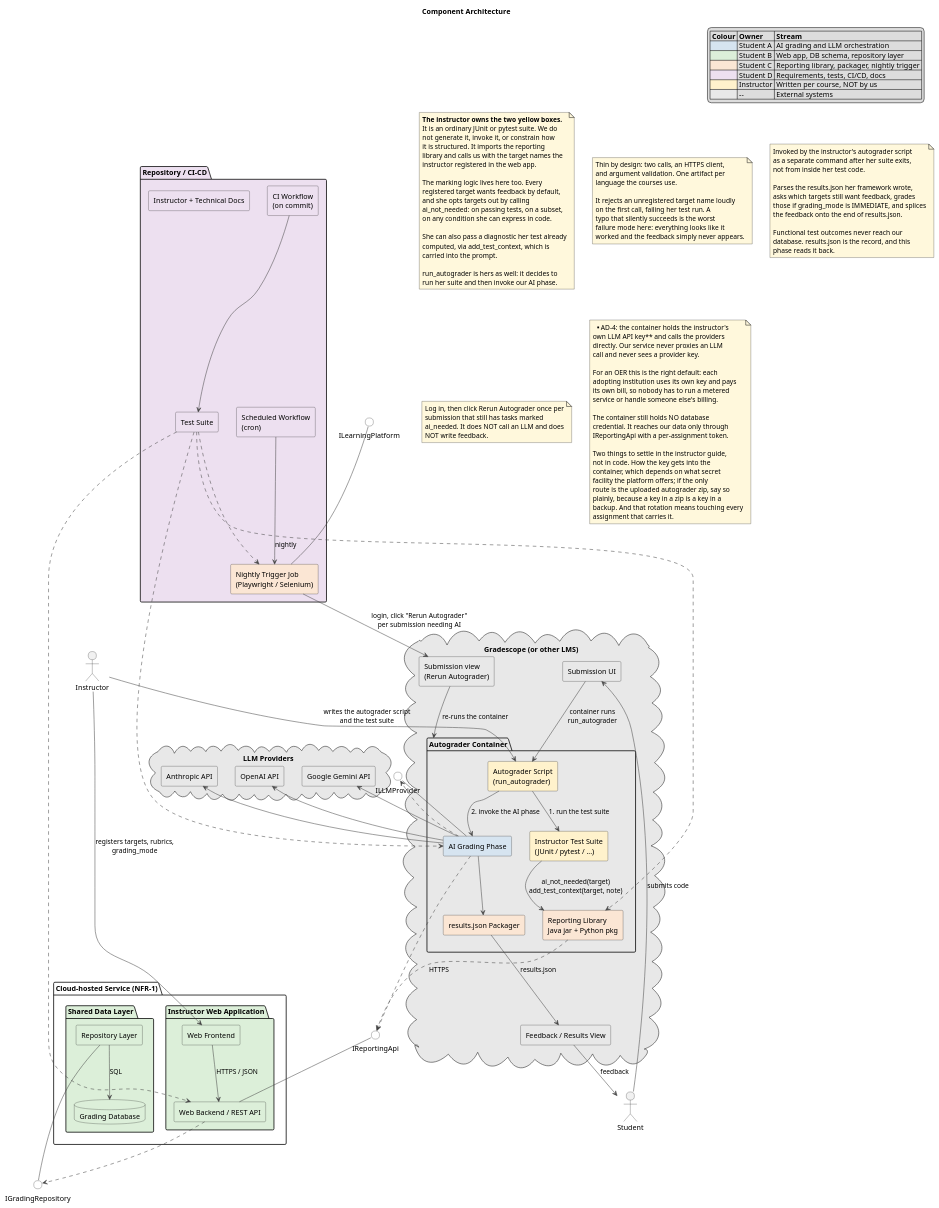
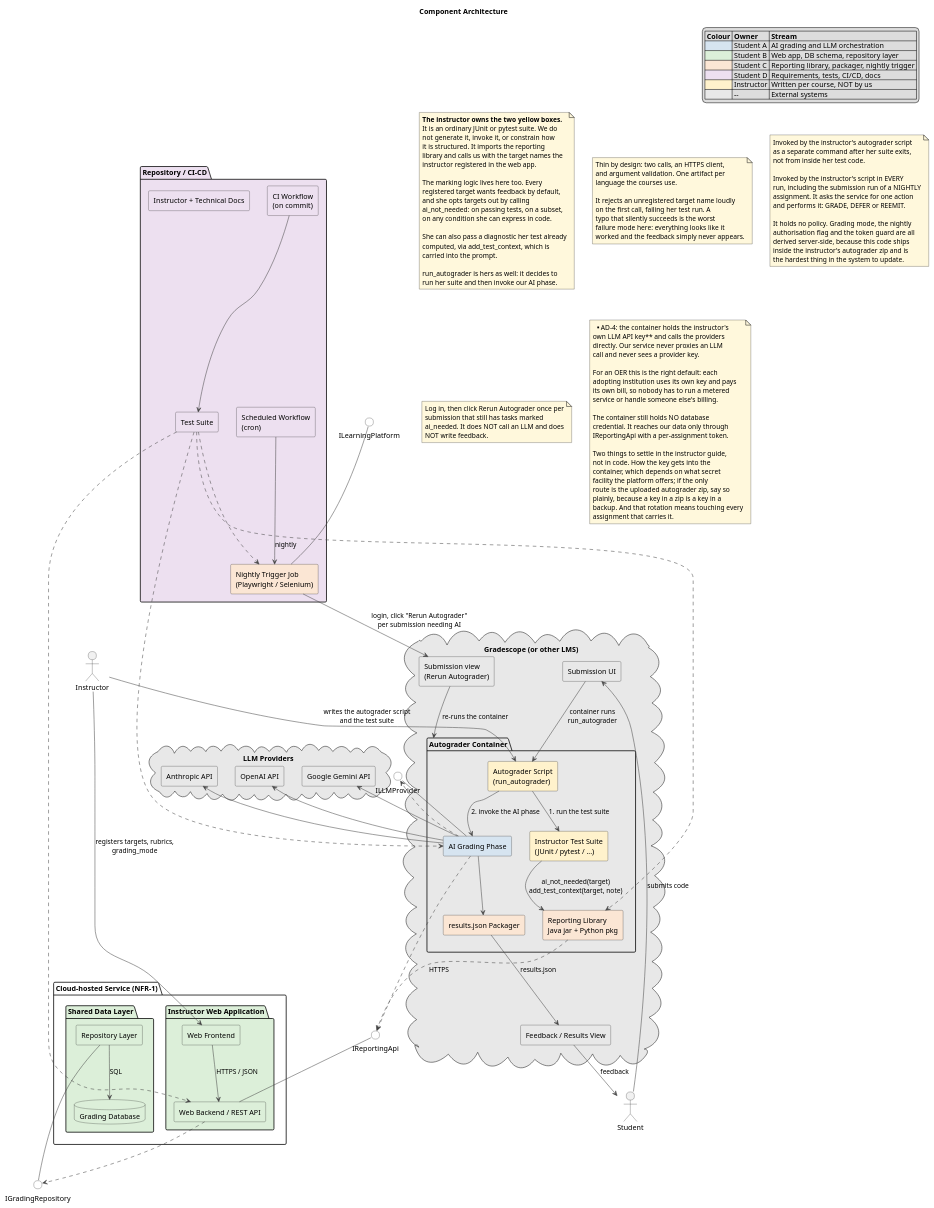
One commit to AI-Assisted-Autograder/ai-assisted-autograder changed the diagram in docs/architecture/01-component.puml. Above: the diagram before and after it, drawn with PlantUML. The commit also changed 9 other files, not shown here.

Commit message:
Centralized decision to GRADE, DEFER, or REEMIT web server side.  GRADE means invoke AI grading immediately.  DEFER means defer AI grading to the nightly run.  REEMIT means the AI grading is already done so it just needs reemitting.

```diff
--- a/docs/architecture/01-component.puml
+++ b/docs/architecture/01-component.puml
@@ -179,14 +179,16 @@
   as a separate command after her suite exits,
   not from inside her test code.
 
-  Parses the results.json her framework wrote,
-  asks which targets still want feedback, grades
-  those if grading_mode is IMMEDIATE, and splices
-  the feedback onto the end of results.json.
+  Invoked by the instructor's script in EVERY
+  run, including the submission run of a NIGHTLY
+  assignment. It asks the service for one action
+  and performs it: GRADE, DEFER or REEMIT.
 
-  Functional test outcomes never reach our
-  database. results.json is the record, and this
-  phase reads it back.
+  It holds no policy. Grading mode, the nightly
+  authorisation flag and the token guard are all
+  derived server-side, because this code ships
+  inside the instructor's autograder zip and is
+  the hardest thing in the system to update.
 end note
 
 note as N_TRIG #FFF8DC
```
